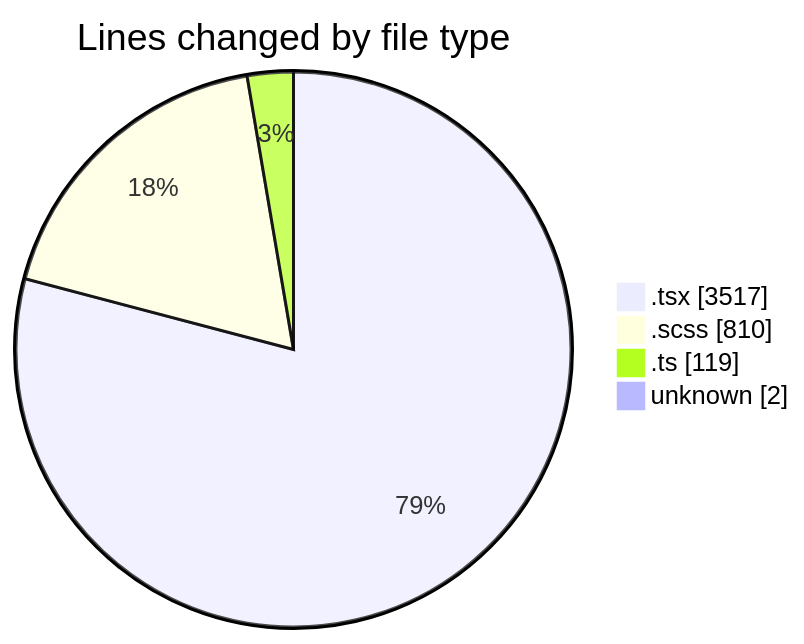
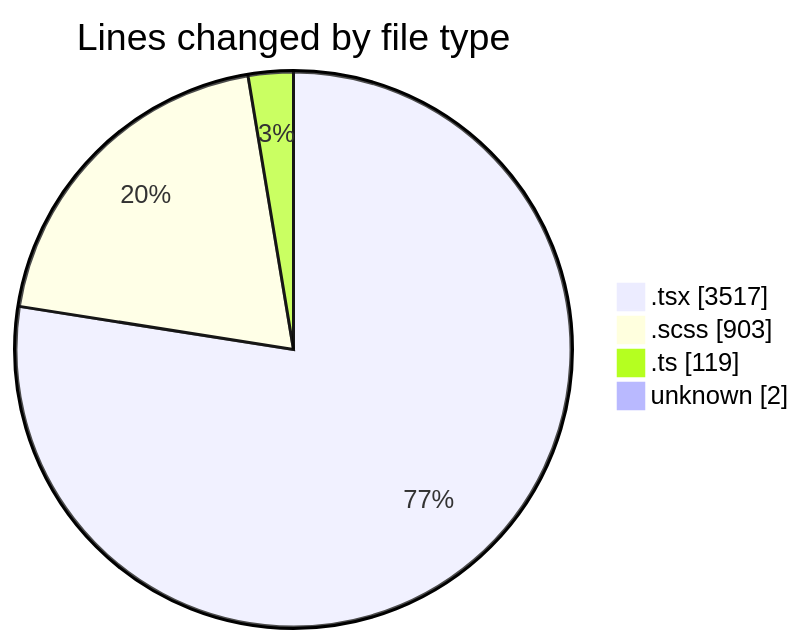
Before and after one commit to momahboobian/code-tracking: the first of 2 diagrams in 2025-06-13/cda/README.md, drawn with Mermaid. The commit also changed other lines of this file and 1 other file, not shown here.

````diff
--- a/2025-06-13/cda/README.md
+++ b/2025-06-13/cda/README.md
@@ -36,8 +37,8 @@
 ```mermaid
 pie showData
 title Lines changed by file type
 ".tsx" : 3517
-".scss" : 810
+".scss" : 903
 ".ts" : 119
 "unknown" : 2
 ```
````
